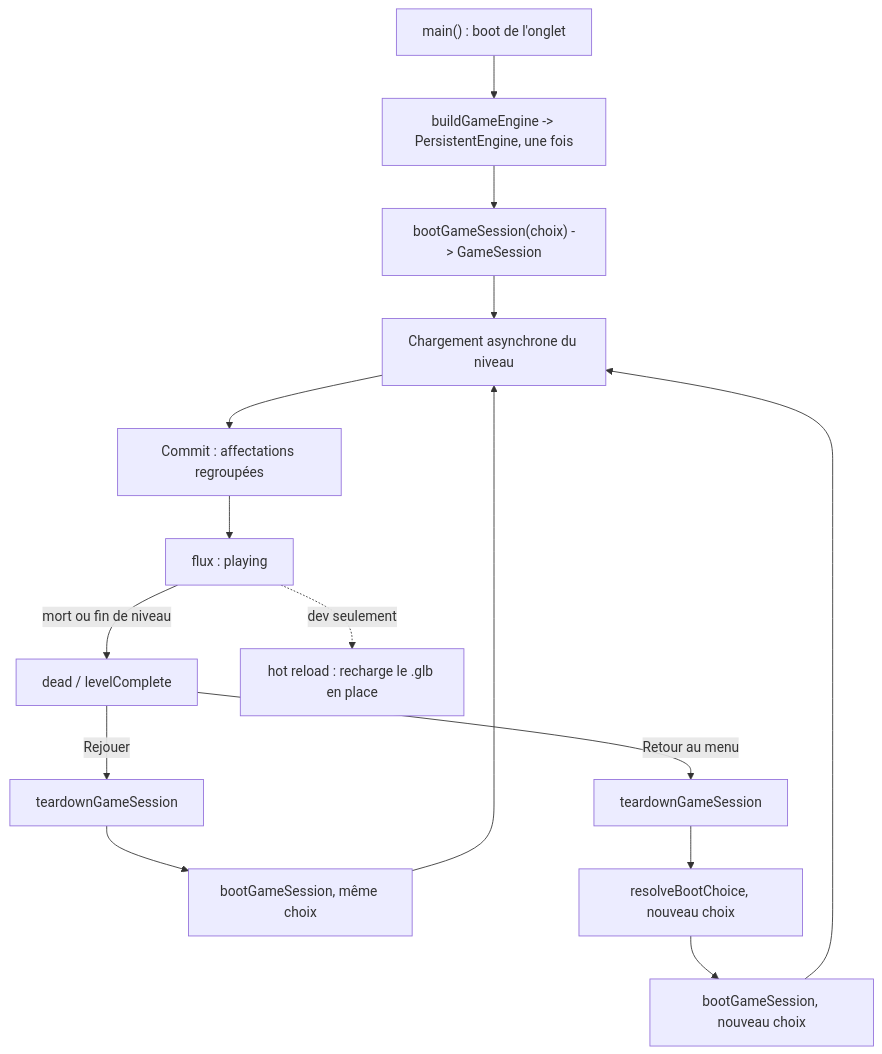
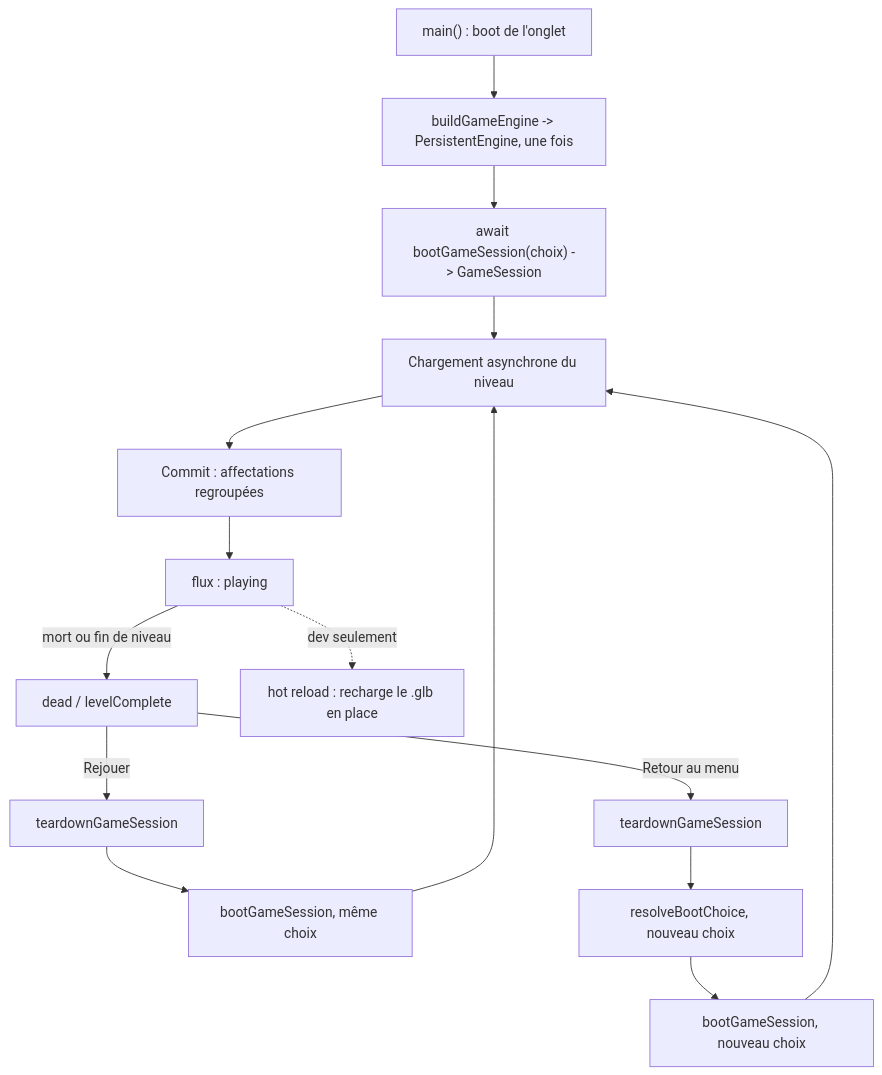
Before and after one commit to benjiGir/projet-cassandre: the diagram in docs/3-architecture/cycle-de-vie.md, drawn with Mermaid. The commit also changed other lines of this file and 79 other files, not shown here.

Commit message:
refactor: resolve P2 architecture and rendering findings

````diff
--- a/docs/3-architecture/cycle-de-vie.md
+++ b/docs/3-architecture/cycle-de-vie.md
@@ -25,17 +24,17 @@
 ```mermaid
 flowchart TD
   Main["main() : boot de l'onglet"] --> Engine["buildGameEngine -> PersistentEngine, une fois"]
-  Engine --> Boot1["bootGameSession(choix) -> GameSession"]
+  Engine --> Boot1["await bootGameSession(choix) -> GameSession"]
   Boot1 --> Load["Chargement asynchrone du niveau"]
   Load --> Commit["Commit : affectations regroupées"]
   Commit --> Playing["flux : playing"]
   Playing -->|mort ou fin de niveau| End["dead / levelComplete"]
   End -->|Rejouer| Teardown1["teardownGameSession"]
   End -->|Retour au menu| Teardown2["teardownGameSession"]
   Teardown1 --> Boot2["bootGameSession, même choix"]
   Teardown2 --> Choice["resolveBootChoice, nouveau choix"]
   Choice --> Boot3["bootGameSession, nouveau choix"]
   Boot2 --> Load
   Boot3 --> Load
   Playing -. dev seulement .-> HotReload["hot reload : recharge le .glb en place"]
 ```
````
